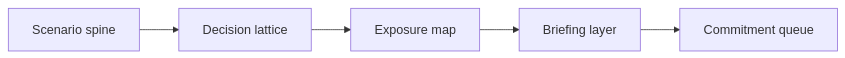
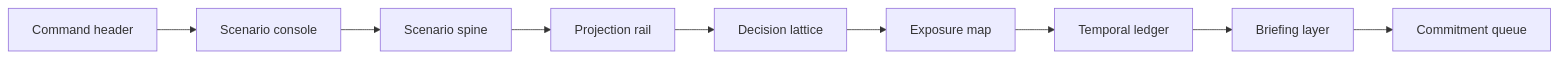
One commit to mizcausevic-dev/scenario-planning-atlas changed the diagram in README.md. Above: the diagram before and after it, drawn with Mermaid. The commit also changed other lines of this file and 3 other files, not shown here.

````diff
--- a/README.md
+++ b/README.md
@@ -42,7 +48,11 @@
 ```mermaid
 flowchart LR
-  A["Scenario spine"] --> B["Decision lattice"]
-  B --> C["Exposure map"]
-  C --> D["Briefing layer"]
-  D --> E["Commitment queue"]
+  A["Command header"] --> B["Scenario console"]
+  B --> C["Scenario spine"]
+  C --> D["Projection rail"]
+  D --> E["Decision lattice"]
+  E --> F["Exposure map"]
+  F --> G["Temporal ledger"]
+  G --> H["Briefing layer"]
+  H --> I["Commitment queue"]
 ```
````
